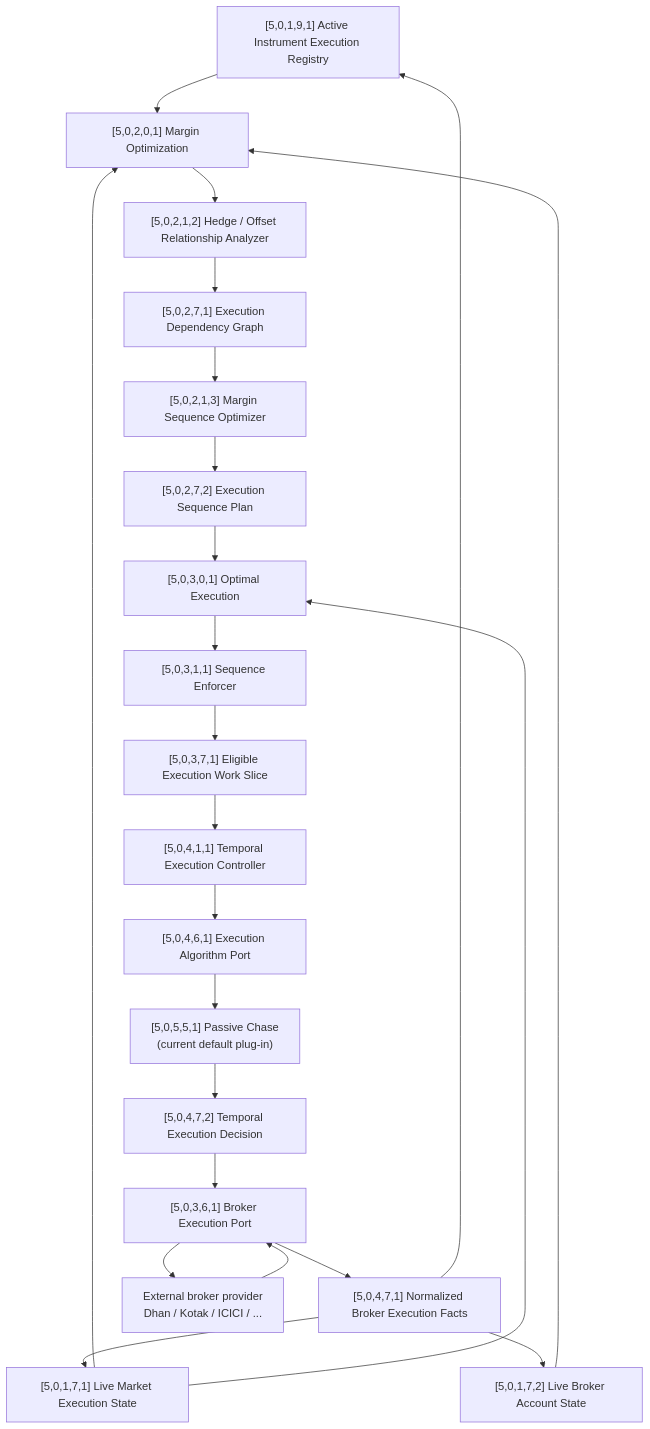
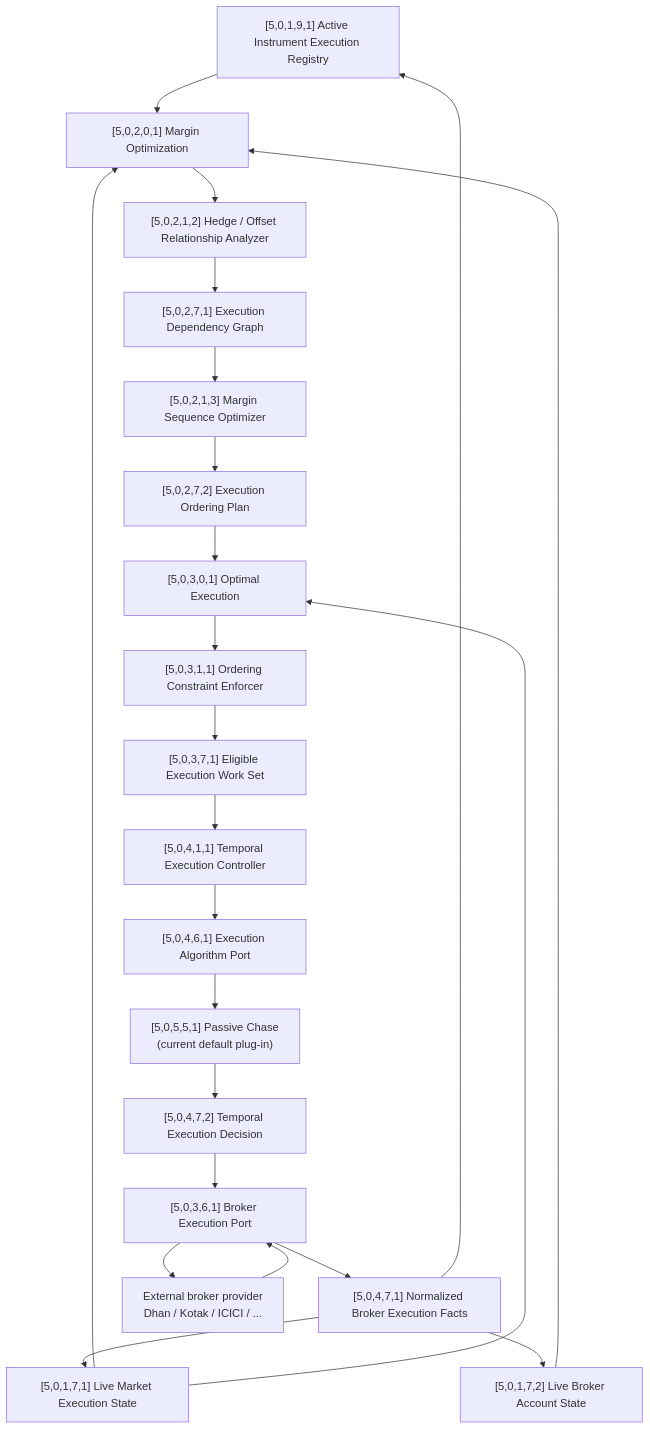
Before and after one commit to ayyararyan/volarb: the diagram in docs/workflows/internal-execution.md, drawn with Mermaid. The commit also changed other lines of this file, not shown here.

Commit message:
Support ordered and unconstrained execution plans

```diff
--- a/docs/workflows/internal-execution.md
+++ b/docs/workflows/internal-execution.md
@@ -14,40 +14,40 @@
 ~~~mermaid
 flowchart TD
     R["[5,0,1,9,1] Active Instrument Execution Registry"]
     M["[5,0,1,7,1] Live Market Execution State"]
     A["[5,0,1,7,2] Live Broker Account State"]
 
     MO["[5,0,2,0,1] Margin Optimization"]
     H["[5,0,2,1,2] Hedge / Offset Relationship Analyzer"]
     D["[5,0,2,7,1] Execution Dependency Graph"]
     S["[5,0,2,1,3] Margin Sequence Optimizer"]
-    Q["[5,0,2,7,2] Execution Sequence Plan"]
+    Q["[5,0,2,7,2] Execution Ordering Plan"]
 
     OE["[5,0,3,0,1] Optimal Execution"]
-    G["[5,0,3,1,1] Sequence Enforcer"]
-    W["[5,0,3,7,1] Eligible Execution Work Slice"]
+    G["[5,0,3,1,1] Ordering Constraint Enforcer"]
+    W["[5,0,3,7,1] Eligible Execution Work Set"]
     C["[5,0,4,1,1] Temporal Execution Controller"]
     P["[5,0,4,6,1] Execution Algorithm Port"]
     X["[5,0,5,5,1] Passive Chase\n(current default plug-in)"]
     O["[5,0,4,7,2] Temporal Execution Decision"]
 
     B["[5,0,3,6,1] Broker Execution Port"]
     F["[5,0,4,7,1] Normalized Broker Execution Facts"]
     E["External broker provider\nDhan / Kotak / ICICI / ..."]
 
     R --> MO
     M --> MO
     A --> MO
     MO --> H --> D --> S --> Q
 
     Q --> OE
     M --> OE
     OE --> G --> W --> C --> P --> X --> O --> B
 
     B --> E
     E --> B
     B --> F
     F --> R
     F --> M
     F --> A
 ~~~
```
